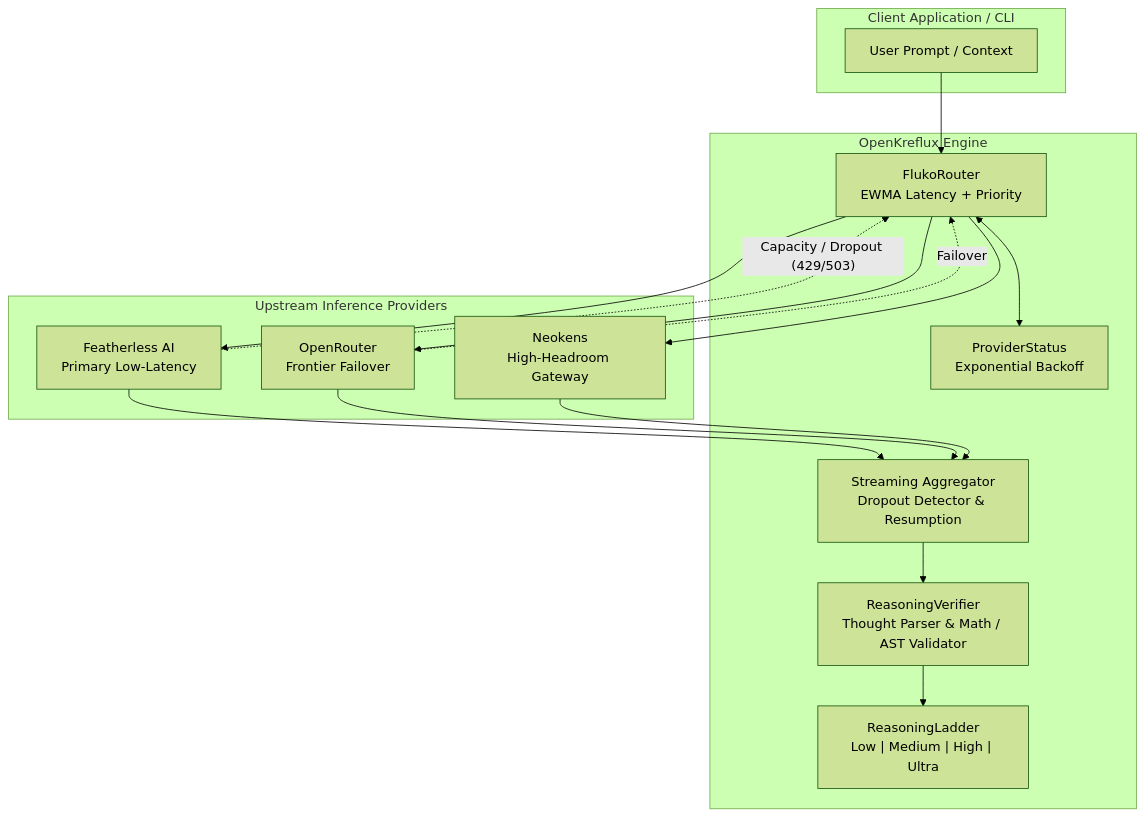
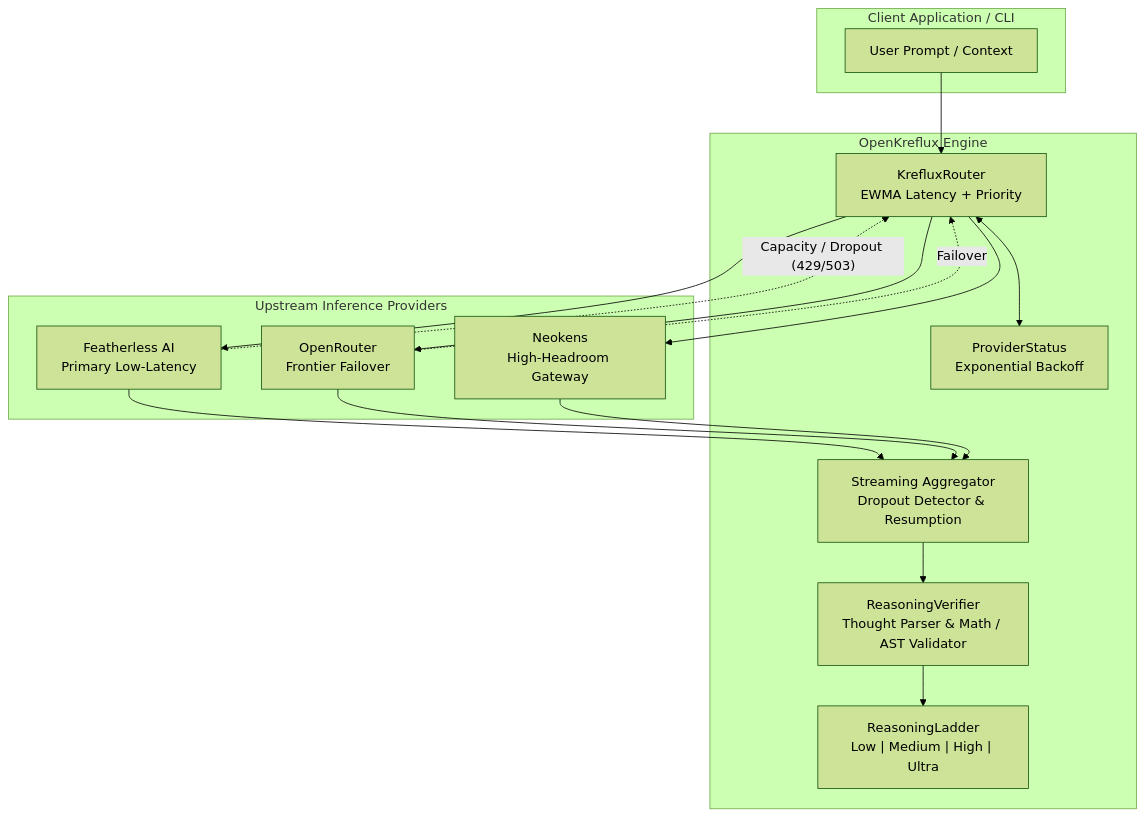
Before and after one commit to Kreflux/openkreflux: the diagram in README.md, drawn with Mermaid (forest theme). The commit also changed other lines of this file and 6 other files, not shown here.

Commit message:
refactor: rename router to KrefluxRouter and clean public nomenclature

````diff
--- a/README.md
+++ b/README.md
@@ -15,34 +15,34 @@
 ```mermaid
 flowchart TD
     subgraph Client ["Client Application / CLI"]
         UserReq["User Prompt / Context"]
     end
 
     subgraph OpenKrefluxEngine ["OpenKreflux Engine"]
-        Router["FlukoRouter<br/>EWMA Latency + Priority"]
+        Router["KrefluxRouter<br/>EWMA Latency + Priority"]
         Health["ProviderStatus<br/>Exponential Backoff"]
         StreamAgg["Streaming Aggregator<br/>Dropout Detector & Resumption"]
         Verifier["ReasoningVerifier<br/>Thought Parser & Math / AST Validator"]
         Ladder["ReasoningLadder<br/>Low | Medium | High | Ultra"]
     end
 
     subgraph Providers ["Upstream Inference Providers"]
         P1["Featherless AI<br/>Primary Low-Latency"]
         P2["OpenRouter<br/>Frontier Failover"]
         P3["Neokens<br/>High-Headroom Gateway"]
     end
 
     UserReq --> Router
     Router <--> Health
     Router --> P1
     P1 -.->|"Capacity / Dropout (429/503)"| Router
     Router --> P2
     P2 -.->|"Failover"| Router
     Router --> P3
     
     P1 --> StreamAgg
     P2 --> StreamAgg
     P3 --> StreamAgg
     StreamAgg --> Verifier
     Verifier --> Ladder
 ```
````
